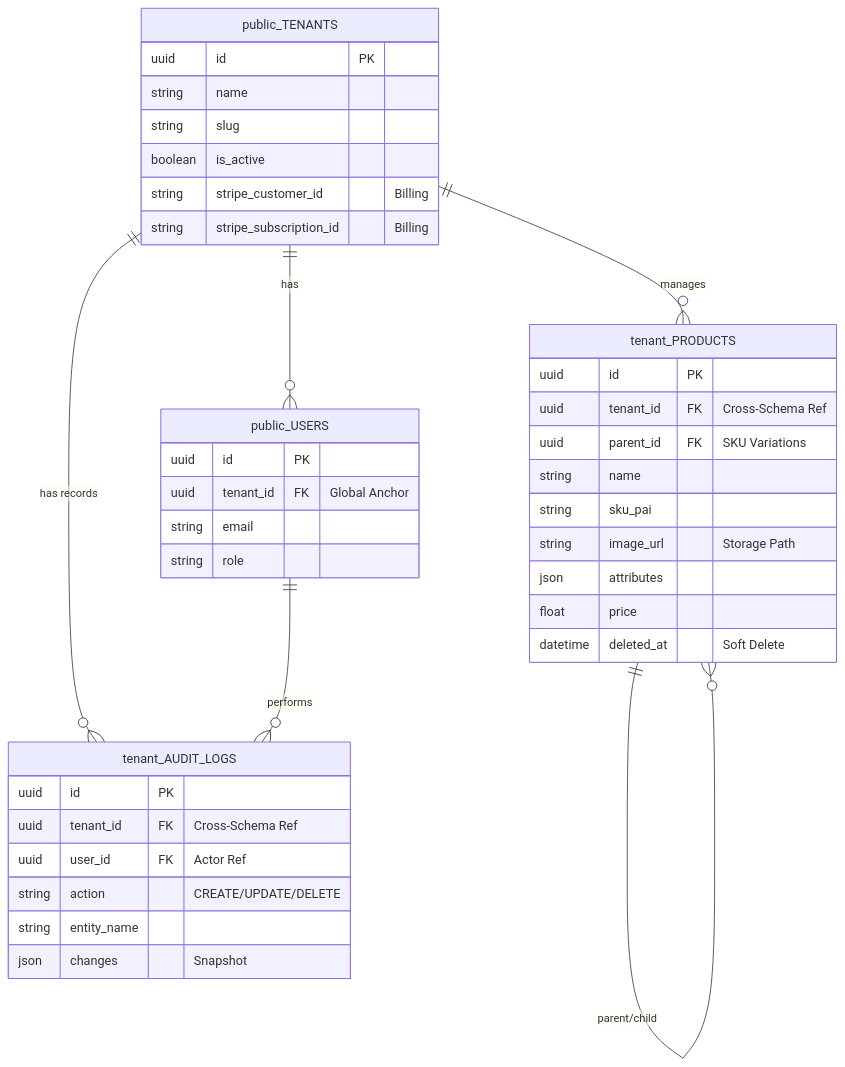
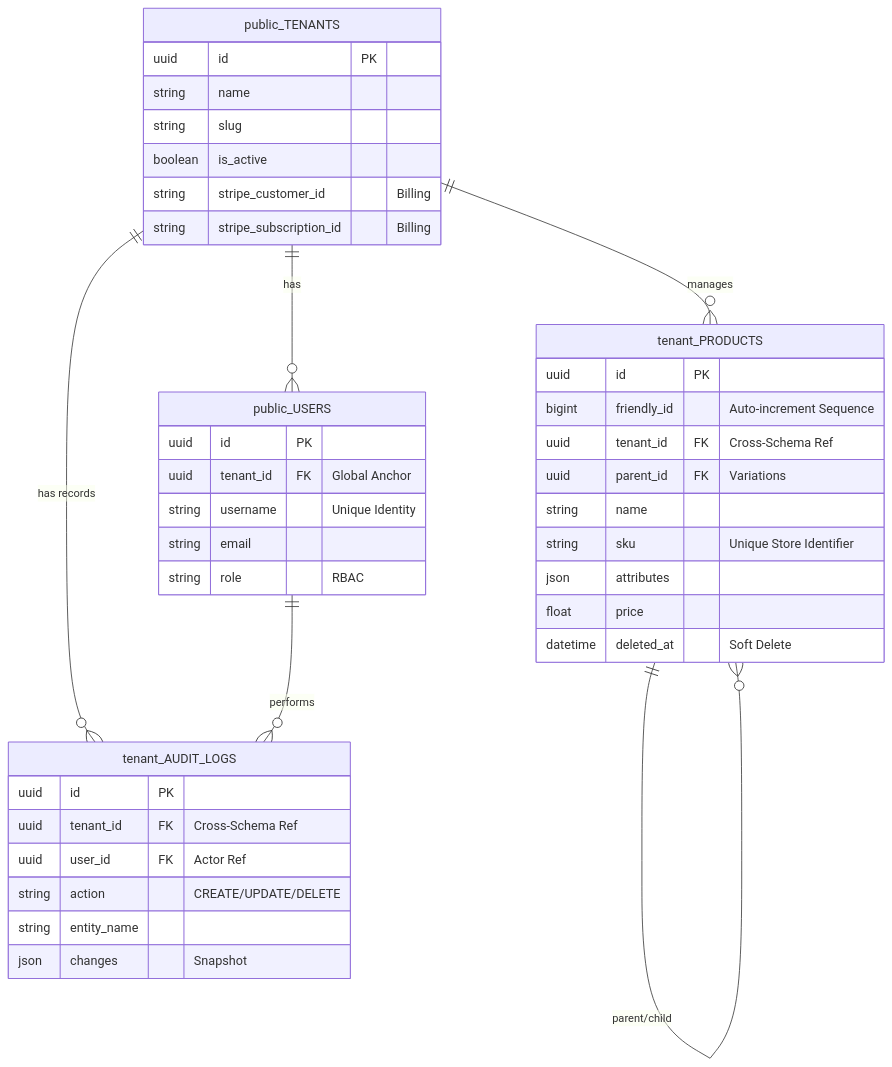
The diagram in README.md (ccerks/nexcore-saas-api), drawn with Mermaid before and after one commit. The commit also changed other lines of this file and 23 other files, not shown here.

````diff
--- a/README.md
+++ b/README.md
@@ -33,45 +33,46 @@
 ```mermaid
 erDiagram
     public_TENANTS ||--o{ public_USERS : "has"
     public_TENANTS ||--o{ tenant_PRODUCTS : "manages"
     public_TENANTS ||--o{ tenant_AUDIT_LOGS : "has records"
     public_USERS ||--o{ tenant_AUDIT_LOGS : "performs"
     tenant_PRODUCTS ||--o{ tenant_PRODUCTS : "parent/child"
 
     public_TENANTS {
         uuid id PK
         string name
         string slug
         boolean is_active
         string stripe_customer_id "Billing"
         string stripe_subscription_id "Billing"
     }
 
     public_USERS {
         uuid id PK
         uuid tenant_id FK "Global Anchor"
+        string username "Unique Identity"
         string email
-        string role
+        string role "RBAC"
     }
 
     tenant_PRODUCTS {
         uuid id PK
+        bigint friendly_id "Auto-increment Sequence"
         uuid tenant_id FK "Cross-Schema Ref"
-        uuid parent_id FK "SKU Variations"
+        uuid parent_id FK "Variations"
         string name
-        string sku_pai
-        string image_url "Storage Path"
+        string sku "Unique Store Identifier"
         json attributes
         float price
         datetime deleted_at "Soft Delete"
     }
 
     tenant_AUDIT_LOGS {
         uuid id PK
         uuid tenant_id FK "Cross-Schema Ref"
         uuid user_id FK "Actor Ref"
         string action "CREATE/UPDATE/DELETE"
         string entity_name
         json changes "Snapshot"
     }
 ```
````
